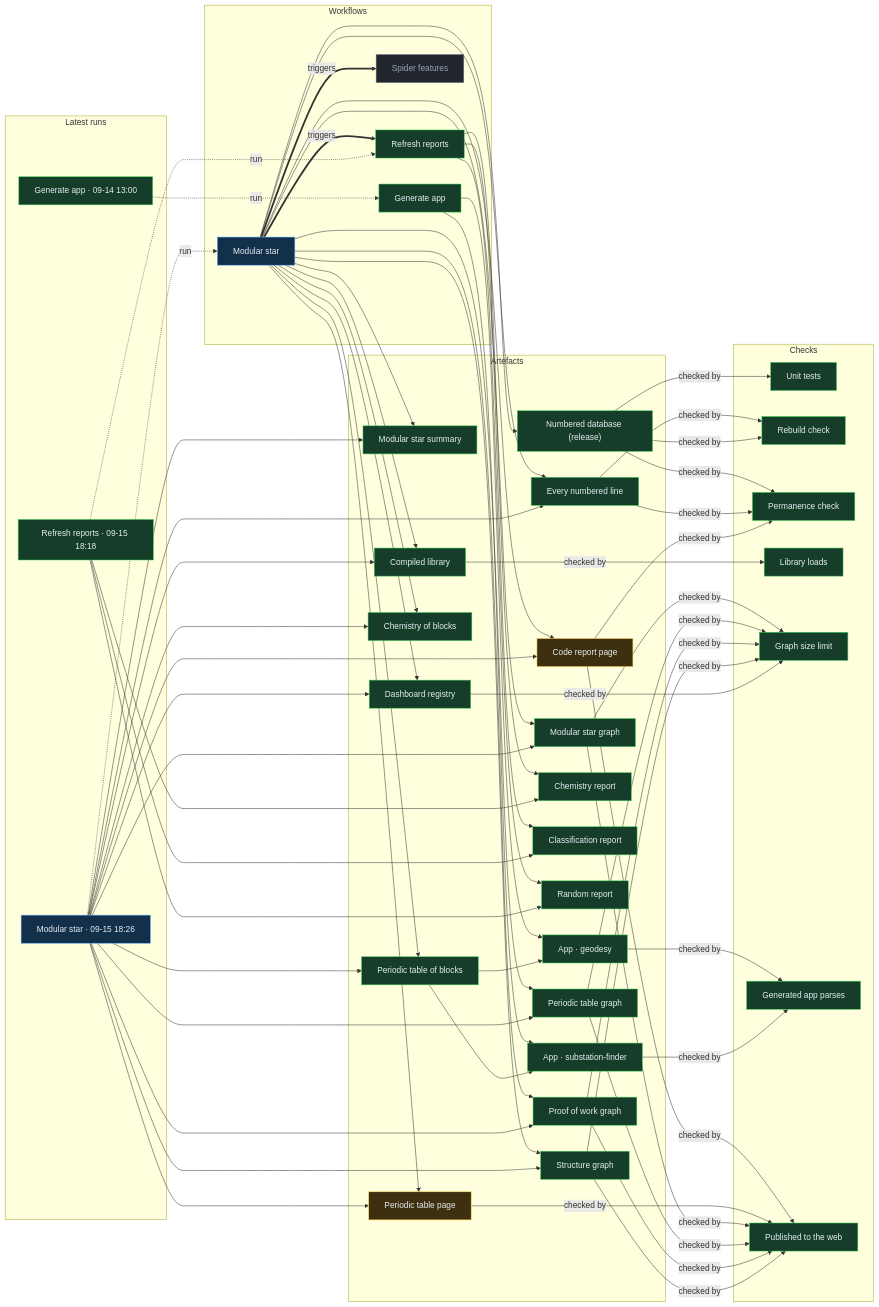
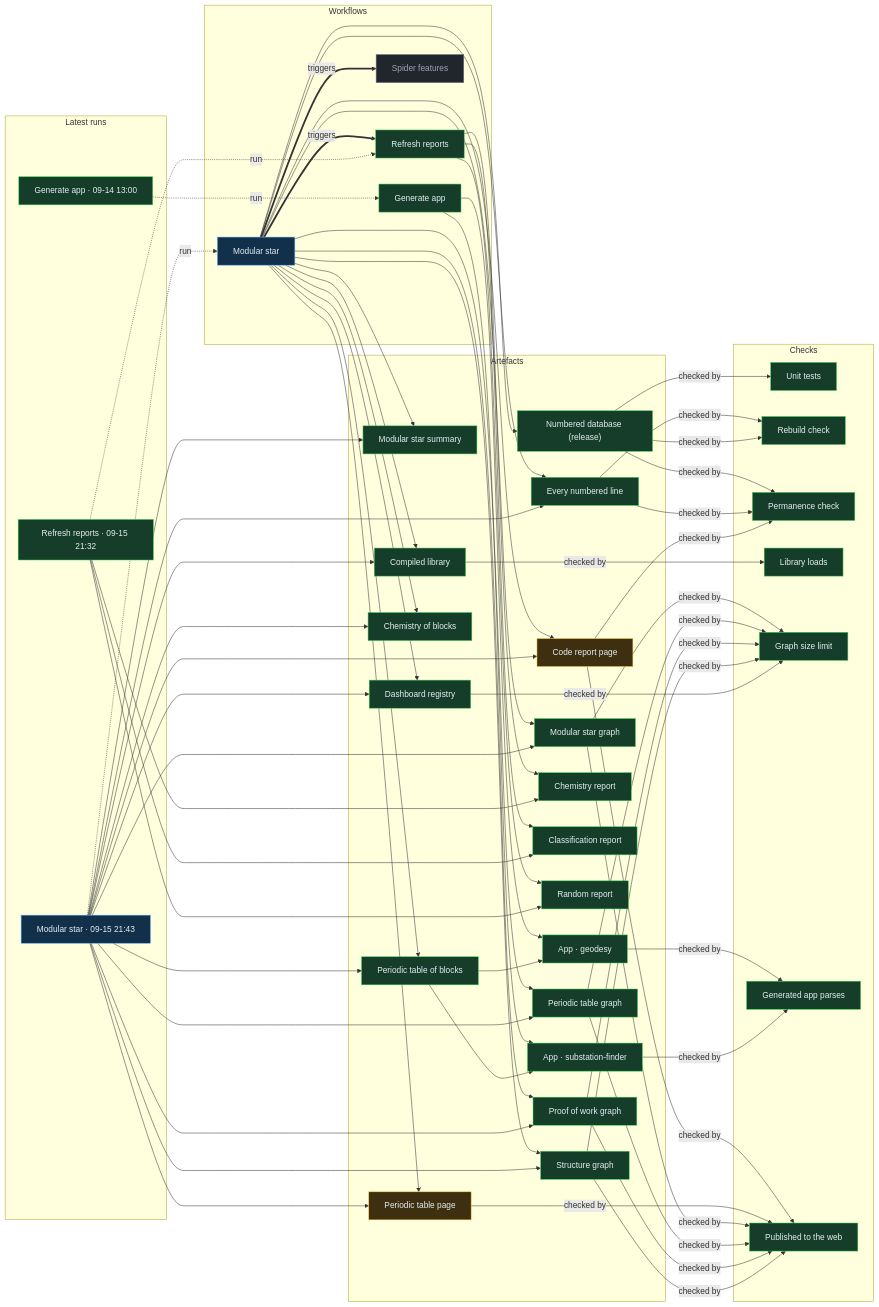
The diagram in proof/PROOF.md (Ventusltd/stars), drawn with Mermaid before and after one commit. The commit also changed other lines of this file and 127 other files, not shown here.

Commit message:
Modular star 2026-09-15T21:45Z

```diff
--- a/proof/PROOF.md
+++ b/proof/PROOF.md
@@ -24,8 +24,8 @@
   n_wf_spider_features["Spider features"]:::off
   end
   subgraph g_runs["Latest runs"]
-  n_run_35007521896["Modular star · 09-15 18:26"]:::live
-  n_run_35006614090["Refresh reports · 09-15 18:18"]:::ok
+  n_run_35027199603["Modular star · 09-15 21:43"]:::live
+  n_run_35026171965["Refresh reports · 09-15 21:32"]:::ok
   n_run_34846587798["Generate app · 09-14 13:00"]:::ok
   end
   subgraph g_artefacts["Artefacts"]
@@ -59,39 +59,39 @@
   end
   n_wf_modular_star == triggers ==> n_wf_refresh
   n_wf_modular_star == triggers ==> n_wf_spider_features
-  n_run_35007521896 -. run .-> n_wf_modular_star
-  n_run_35006614090 -. run .-> n_wf_refresh
+  n_run_35027199603 -. run .-> n_wf_modular_star
+  n_run_35026171965 -. run .-> n_wf_refresh
   n_run_34846587798 -. run .-> n_wf_generate
   n_wf_modular_star --> n_art_summary
-  n_run_35007521896 --> n_art_summary
+  n_run_35027199603 --> n_art_summary
   n_wf_modular_star --> n_art_lines
-  n_run_35007521896 --> n_art_lines
+  n_run_35027199603 --> n_art_lines
   n_wf_modular_star --> n_art_code
-  n_run_35007521896 --> n_art_code
+  n_run_35027199603 --> n_art_code
   n_wf_modular_star --> n_art_modular_graph
-  n_run_35007521896 --> n_art_modular_graph
+  n_run_35027199603 --> n_art_modular_graph
   n_wf_modular_star --> n_art_blocks
-  n_run_35007521896 --> n_art_blocks
+  n_run_35027199603 --> n_art_blocks
   n_wf_modular_star --> n_art_table
-  n_run_35007521896 --> n_art_table
+  n_run_35027199603 --> n_art_table
   n_wf_modular_star --> n_art_blocks_graph
-  n_run_35007521896 --> n_art_blocks_graph
+  n_run_35027199603 --> n_art_blocks_graph
   n_wf_modular_star --> n_art_reactions
-  n_run_35007521896 --> n_art_reactions
+  n_run_35027199603 --> n_art_reactions
   n_wf_modular_star --> n_art_library
-  n_run_35007521896 --> n_art_library
+  n_run_35027199603 --> n_art_library
   n_wf_modular_star --> n_art_features
-  n_run_35007521896 --> n_art_features
+  n_run_35027199603 --> n_art_features
   n_wf_modular_star --> n_art_proof
-  n_run_35007521896 --> n_art_proof
+  n_run_35027199603 --> n_art_proof
   n_wf_modular_star --> n_art_structure
-  n_run_35007521896 --> n_art_structure
+  n_run_35027199603 --> n_art_structure
   n_wf_refresh --> n_art_chemistry
-  n_run_35006614090 --> n_art_chemistry
+  n_run_35026171965 --> n_art_chemistry
   n_wf_refresh --> n_art_vedic
-  n_run_35006614090 --> n_art_vedic
+  n_run_35026171965 --> n_art_vedic
   n_wf_refresh --> n_art_random
-  n_run_35006614090 --> n_art_random
+  n_run_35026171965 --> n_art_random
   n_wf_modular_star --> n_art_release
   n_wf_generate --> n_app_geodesy
   n_art_blocks --> n_app_geodesy
```
